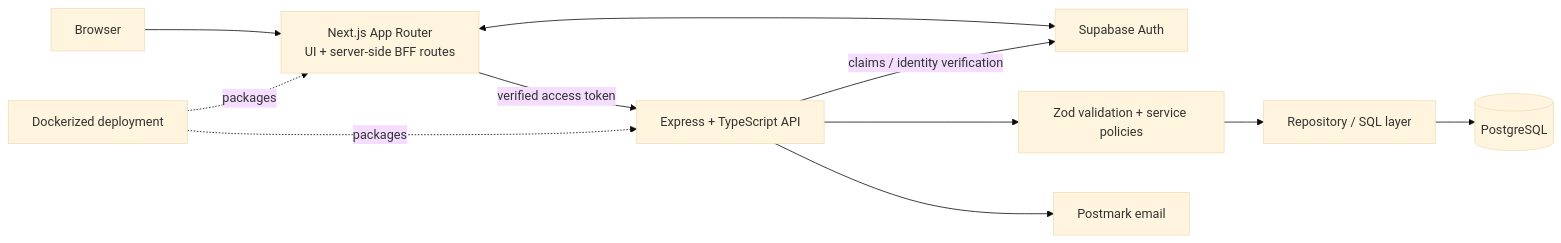
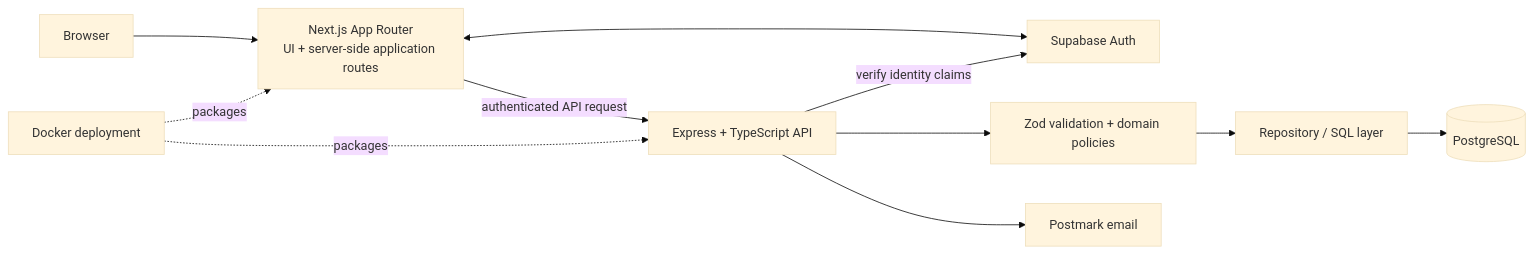
The first of 2 diagrams in README.md (JohnGPaulIV/daubert-platform-showcase), drawn with Mermaid (base theme) before and after one commit. The commit also changed other lines of this file and 20 other files, not shown here.

````diff
--- a/README.md
+++ b/README.md
@@ -30,13 +31,13 @@
 ```mermaid
 flowchart LR
-    U[Browser] --> N[Next.js App Router<br/>UI + server-side BFF routes]
+    U[Browser] --> N[Next.js App Router<br/>UI + server-side application routes]
     N <--> S[Supabase Auth]
-    N -->|verified access token| A[Express + TypeScript API]
-    A -->|claims / identity verification| S
-    A --> V[Zod validation + service policies]
+    N -->|authenticated API request| A[Express + TypeScript API]
+    A -->|verify identity claims| S
+    A --> V[Zod validation + domain policies]
     V --> R[Repository / SQL layer]
     R --> P[(PostgreSQL)]
     A --> M[Postmark email]
-    D[Dockerized deployment] -. packages .-> N
+    D[Docker deployment] -. packages .-> N
     D -. packages .-> A
 ```
````
